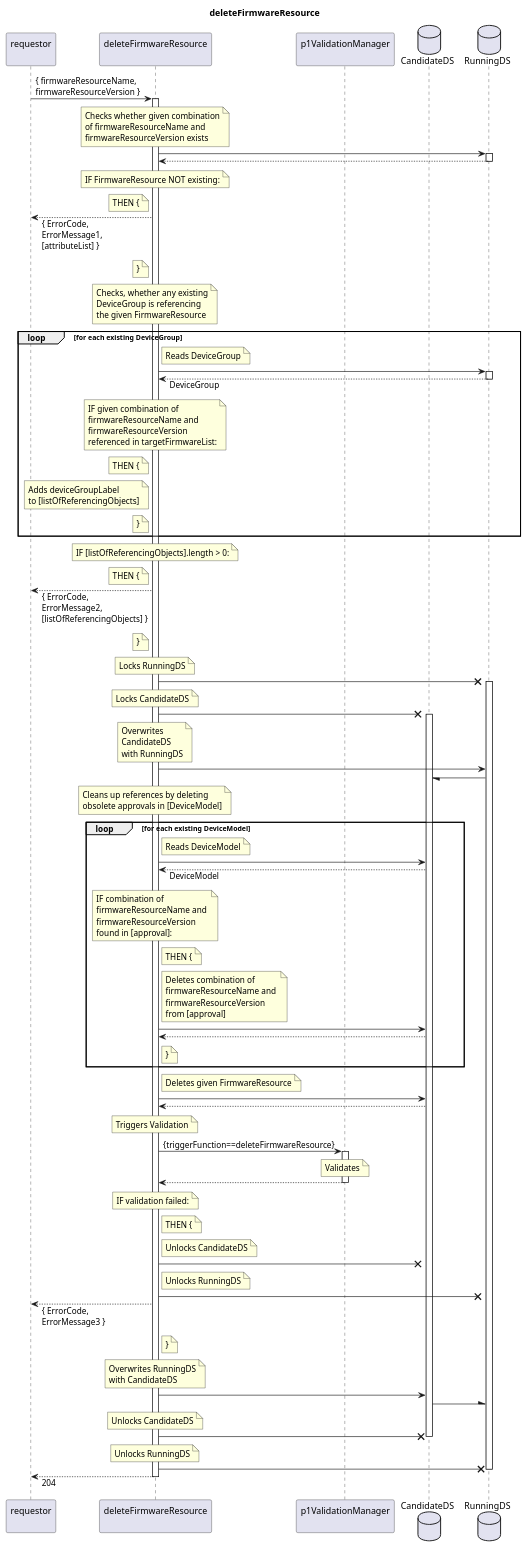
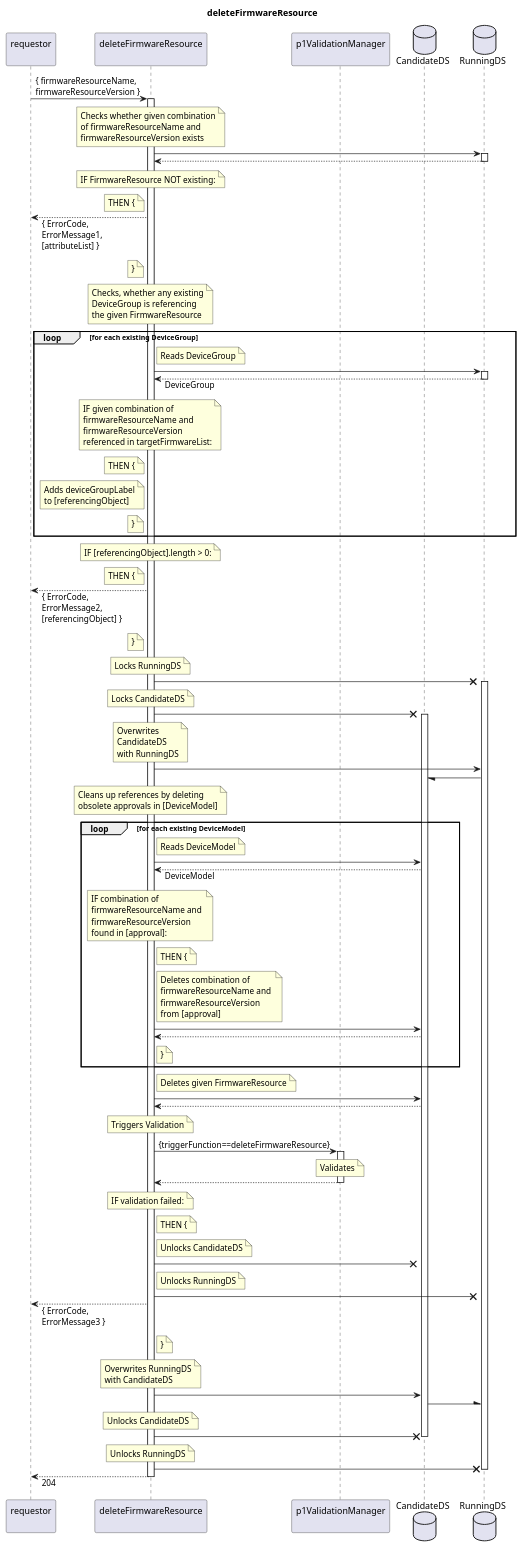
Before and after one commit to openBackhaul/FirmWareManager: the diagram in spec/Services/deleteFirmwareResource/1.0.0/deleteFirmwareResource.plantuml, drawn with PlantUML. The commit also changed 36 other files, not shown here.

Commit message:
Finalize sequence diagrams of interpretation functions

```diff
--- a/spec/Services/deleteFirmwareResource/1.0.0/deleteFirmwareResource.plantuml
+++ b/spec/Services/deleteFirmwareResource/1.0.0/deleteFirmwareResource.plantuml
@@ -1,183 +1,183 @@
 @startuml deleteFirmwareResource
 skinparam responseMessageBelowArrow true
 
 title
   deleteFirmwareResource
 end title
 
 participant "requestor\n" as requestor
 participant "deleteFirmwareResource\n" as indServ
 participant "p1ValidationManager\n" as valiMan
 database "CandidateDS" as CanDS
 database "RunningDS" as RunDS
 
 requestor -> indServ: { firmwareResourceName,\nfirmwareResourceVersion }
 activate indServ
 
   note over indServ
     Checks whether given combination
     of firmwareResourceName and
     firmwareResourceVersion exists
   end note
   indServ -> RunDS
   activate RunDS
   indServ <-- RunDS
   deactivate RunDS
   note over indServ
     IF FirmwareResource NOT existing:
   end note
   note left indServ
     THEN {
   end note
   requestor <-- indServ: { ErrorCode,\nErrorMessage1,\n[attributeList] }
   note left indServ
     }
   end note
 
   note over indServ
     Checks, whether any existing
     DeviceGroup is referencing
     the given FirmwareResource
   end note
   loop for each existing DeviceGroup
     note right indServ
       Reads DeviceGroup
     end note
     indServ -> RunDS
     activate RunDS
     indServ <-- RunDS: DeviceGroup
     deactivate RunDS
     note over indServ
       IF given combination of
       firmwareResourceName and
       firmwareResourceVersion
       referenced in targetFirmwareList:
     end note
     note left indServ
       THEN {
     end note
     note left indServ
       Adds deviceGroupLabel
-      to [listOfReferencingObjects]
+      to [referencingObject]
     end note
     note left indServ
       }
     end note
   end loop
   note over indServ
-    IF [listOfReferencingObjects].length > 0:
+    IF [referencingObject].length > 0:
   end note
   note left indServ
     THEN {
   end note
-  requestor <-- indServ: { ErrorCode,\nErrorMessage2,\n[listOfReferencingObjects] }
+  requestor <-- indServ: { ErrorCode,\nErrorMessage2,\n[referencingObject] }
   note left indServ
     }
   end note
 
   note over indServ
     Locks RunningDS
   end note
   indServ -X RunDS
   activate RunDS
   note over indServ
     Locks CandidateDS
   end note
   indServ -X CanDS
   activate CanDS
   note over indServ
     Overwrites
     CandidateDS
     with RunningDS
   end note
   indServ -> RunDS
   RunDS -/ CanDS
 
   note over indServ
     Cleans up references by deleting
     obsolete approvals in [DeviceModel]
   end note
   loop for each existing DeviceModel
     note right indServ
       Reads DeviceModel
     end note
     indServ -> CanDS
     indServ <-- CanDS: DeviceModel
     note over indServ
       IF combination of
       firmwareResourceName and 
       firmwareResourceVersion
       found in [approval]:
     end note
     note right indServ
       THEN {
     end note
     note right indServ
       Deletes combination of
       firmwareResourceName and 
       firmwareResourceVersion
       from [approval]
     end note
     indServ -> CanDS
     indServ <-- CanDS
     note right indServ
       }
     end note
   end loop
 
   note right indServ
     Deletes given FirmwareResource
   end note
   indServ -> CanDS
   indServ <-- CanDS
 
   note over indServ
     Triggers Validation
   end note
   indServ -> valiMan: {triggerFunction==deleteFirmwareResource}
   activate valiMan
     note over valiMan
       Validates
     end note
   indServ <-- valiMan
   deactivate valiMan
   note over indServ
     IF validation failed:
   end note
   note right indServ
     THEN {
   end note
   note right indServ
     Unlocks CandidateDS
   end note
   indServ -X CanDS
   note right indServ
     Unlocks RunningDS
   end note
   indServ -X RunDS
   requestor <-- indServ: { ErrorCode,\nErrorMessage3 }
   note right indServ
     }
   end note
 
   note over indServ
     Overwrites RunningDS
     with CandidateDS
   end note
   indServ -> CanDS
   CanDS -\ RunDS
   note over indServ
     Unlocks CandidateDS
   end note
   indServ -X CanDS
   deactivate CanDS
   note over indServ
     Unlocks RunningDS
   end note
   indServ -X RunDS
   deactivate RunDS
 
 requestor <-- indServ: 204
 deactivate indServ
 
 @enduml
```
